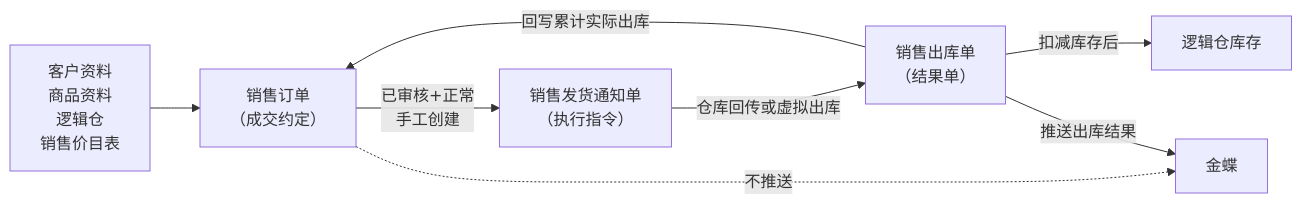
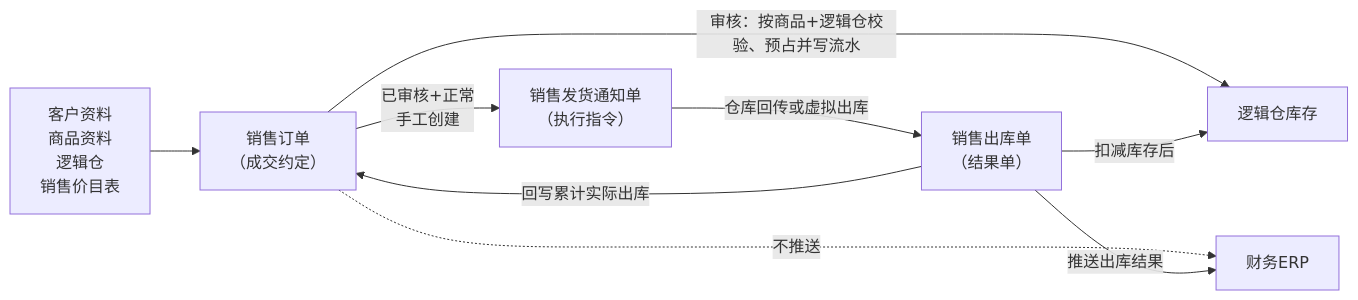
One commit to TopVitamin/QS-ERP-Project changed the first of 3 diagrams in 04-产品设计方案/20260812-ERP项目第一版框架搭建/需求文档PRD/3-销售管理/销售订单/销售订单主PRD.md. Above: the diagram before and after it, drawn with Mermaid. The commit also changed other lines of this file and 354 other files, not shown here.

````diff
--- a/04-产品设计方案/20260812-ERP项目第一版框架搭建/需求文档PRD/3-销售管理/销售订单/销售订单主PRD.md
+++ b/04-产品设计方案/20260812-ERP项目第一版框架搭建/需求文档PRD/3-销售管理/销售订单/销售订单主PRD.md
@@ -107,10 +108,11 @@
 ```mermaid
 flowchart LR
     A["客户资料<br/>商品资料<br/>逻辑仓<br/>销售价目表"] --> B["销售订单<br/>（成交约定）"]
+    B -->|"审核：按商品+逻辑仓校验、预占并写流水"| E["逻辑仓库存"]
     B -->|"已审核+正常<br/>手工创建"| C["销售发货通知单<br/>（执行指令）"]
     C -->|"仓库回传或虚拟出库"| D["销售出库单<br/>（结果单）"]
     D -->|"回写累计实际出库"| B
     D -->|"扣减库存后"| E["逻辑仓库存"]
-    B -.->|"不推送"| F["金蝶"]
+    B -.->|"不推送"| F["财务ERP"]
     D -->|"推送出库结果"| F
 ```
````
